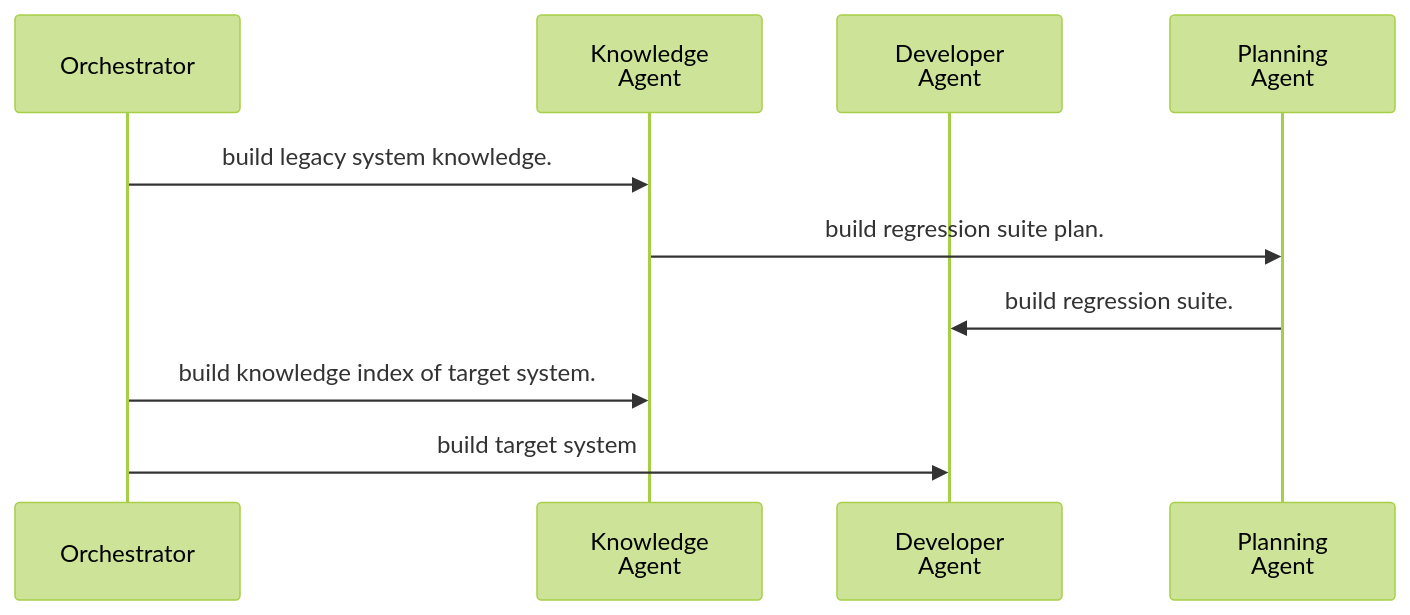
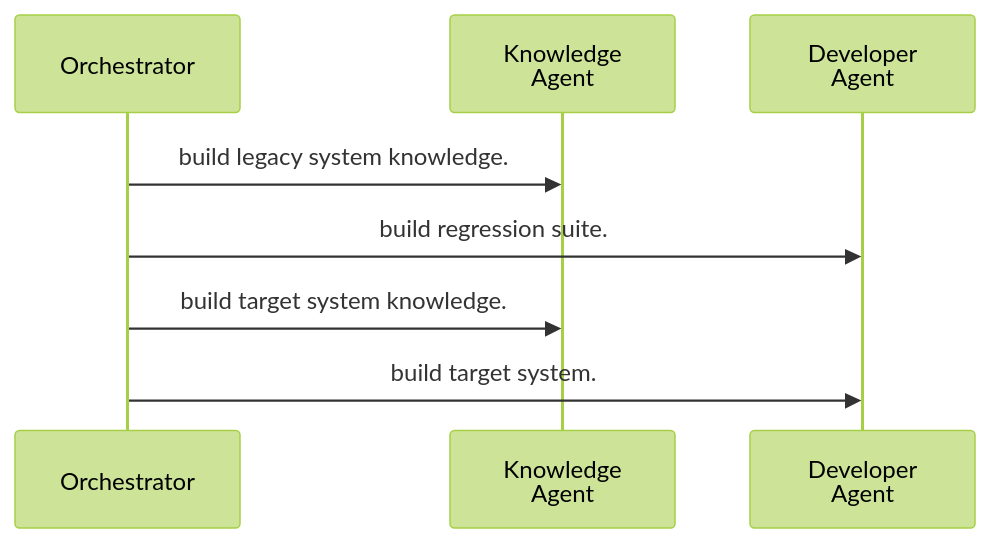
The first of 2 diagrams in README.md (Tyler-R-Kendrick/project-khepri), drawn with Mermaid (forest theme) before and after one commit.

Commit message:
Refactor sequence diagram in README to clarify agent interactions in the regression suite process

````diff
--- a/README.md
+++ b/README.md
@@ -17,13 +17,11 @@
 ```mermaid
 sequenceDiagram
     participant orch as Orchestrator
     participant know as Knowledge<br/>Agent
     participant dev as Developer<br/>Agent
-    participant planner as Planning<br/>Agent
 
     orch->>know: build legacy system knowledge.
-    know->>planner: build regression suite plan.
-    planner->>dev: build regression suite.
-    orch->>know: build knowledge index of target system.
-    orch->>dev: build target system
+    orch->>dev: build regression suite.
+    orch->>know: build target system knowledge.
+    orch->>dev: build target system.
 ```
````
